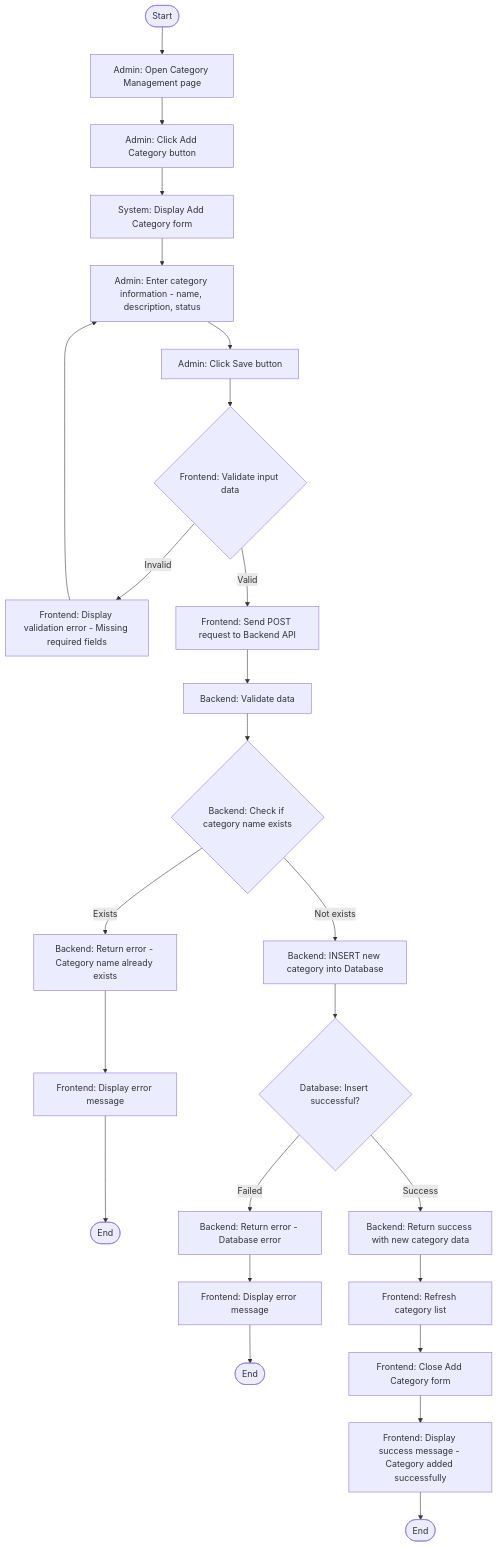
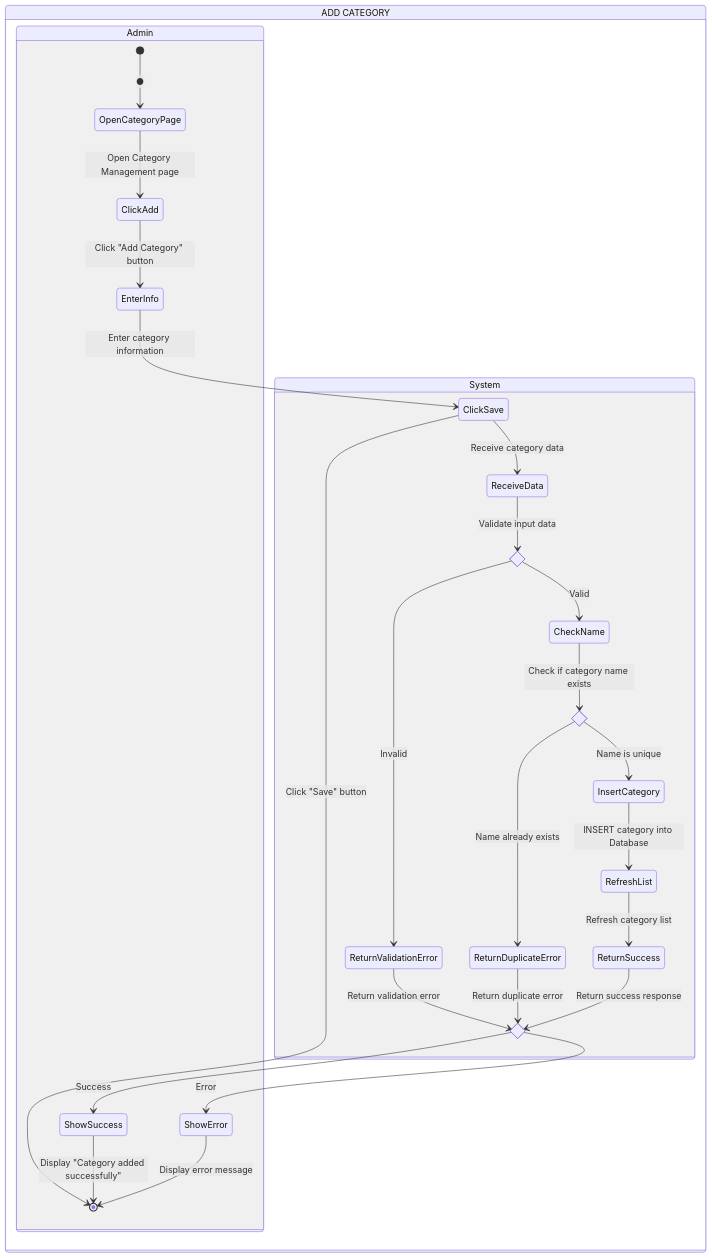
The third of 6 diagrams in UML_Activity_Diagrams.md (phuongloannn/bicycle-web-FE), drawn with Mermaid before and after one commit. The commit also changed other lines of this file, not shown here.

Commit message:
Add UML Activity Diagrams with swimlanes for Inventory and Category Management

````diff
--- a/UML_Activity_Diagrams.md
+++ b/UML_Activity_Diagrams.md
@@ -105,35 +130,40 @@
 ```mermaid
-flowchart TD
-    Start([Start]) --> OpenPage[Admin: Open Category Management page]
-    OpenPage --> ClickAdd[Admin: Click Add Category button]
-    ClickAdd --> ShowForm[System: Display Add Category form]
-    
-    ShowForm --> EnterData[Admin: Enter category information - name, description, status]
-    EnterData --> ClickSave[Admin: Click Save button]
-    
-    ClickSave --> ValidateInput{Frontend: Validate input data}
-    
-    ValidateInput -->|Invalid| ShowValidationError[Frontend: Display validation error - Missing required fields]
-    ShowValidationError --> EnterData
-    
-    ValidateInput -->|Valid| SendToBackend[Frontend: Send POST request to Backend API]
-    SendToBackend --> ValidateBackend[Backend: Validate data]
-    ValidateBackend --> CheckDuplicate{Backend: Check if category name exists}
-    
-    CheckDuplicate -->|Exists| ReturnDuplicate[Backend: Return error - Category name already exists]
-    ReturnDuplicate --> DisplayDuplicate[Frontend: Display error message]
-    DisplayDuplicate --> End1([End])
-    
-    CheckDuplicate -->|Not exists| InsertCategory[Backend: INSERT new category into Database]
-    InsertCategory --> CheckInsert{Database: Insert successful?}
-    
-    CheckInsert -->|Failed| ReturnDBError[Backend: Return error - Database error]
-    ReturnDBError --> DisplayDBError[Frontend: Display error message]
-    DisplayDBError --> End2([End])
-    
-    CheckInsert -->|Success| ReturnSuccess[Backend: Return success with new category data]
-    ReturnSuccess --> RefreshList[Frontend: Refresh category list]
-    RefreshList --> CloseForm[Frontend: Close Add Category form]
-    CloseForm --> ShowSuccess[Frontend: Display success message - Category added successfully]
-    ShowSuccess --> End3([End])
+stateDiagram-v2
+    state "ADD CATEGORY" as frame {
+        state "Admin" as admin_col {
+            [*] --> OpenCategoryPage: ●
+            OpenCategoryPage --> ClickAdd: Open Category Management page
+            ClickAdd --> EnterInfo: Click "Add Category" button
+            EnterInfo --> ClickSave: Enter category information
+            ClickSave --> [*]: Click "Save" button
+            
+            state DisplayResult <<choice>>
+            DisplayResult --> ShowSuccess: Success
+            DisplayResult --> ShowError: Error
+            ShowSuccess --> [*]: Display "Category added successfully"
+            ShowError --> [*]: Display error message
+        }
+        
+        state "System" as system_col {
+            state ValidateInput <<choice>>
+            state CheckDuplicate <<choice>>
+            
+            ClickSave --> ReceiveData: Receive category data
+            ReceiveData --> ValidateInput: Validate input data
+            
+            ValidateInput --> CheckName: Valid
+            ValidateInput --> ReturnValidationError: Invalid
+            ReturnValidationError --> DisplayResult: Return validation error
+            
+            CheckName --> CheckDuplicate: Check if category name exists
+            
+            CheckDuplicate --> InsertCategory: Name is unique
+            CheckDuplicate --> ReturnDuplicateError: Name already exists
+            ReturnDuplicateError --> DisplayResult: Return duplicate error
+            
+            InsertCategory --> RefreshList: INSERT category into Database
+            RefreshList --> ReturnSuccess: Refresh category list
+            ReturnSuccess --> DisplayResult: Return success response
+        }
+    }
 ```
````
